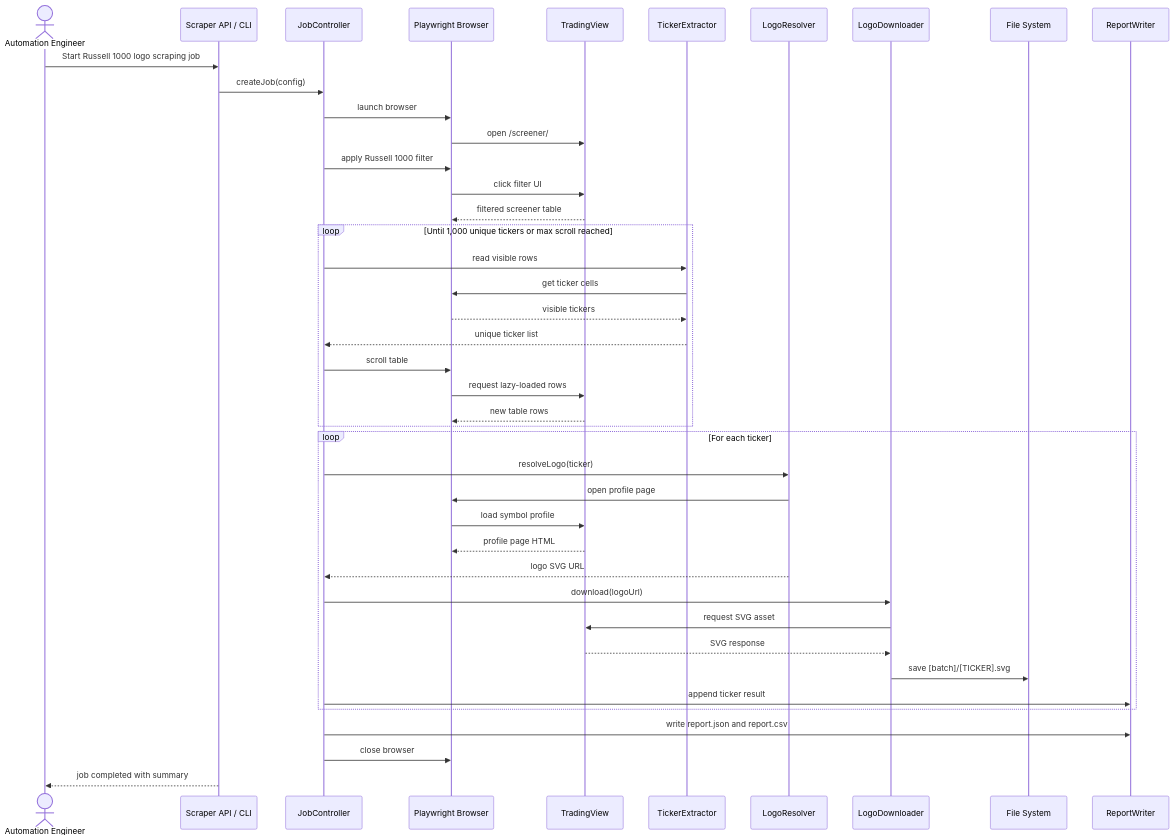
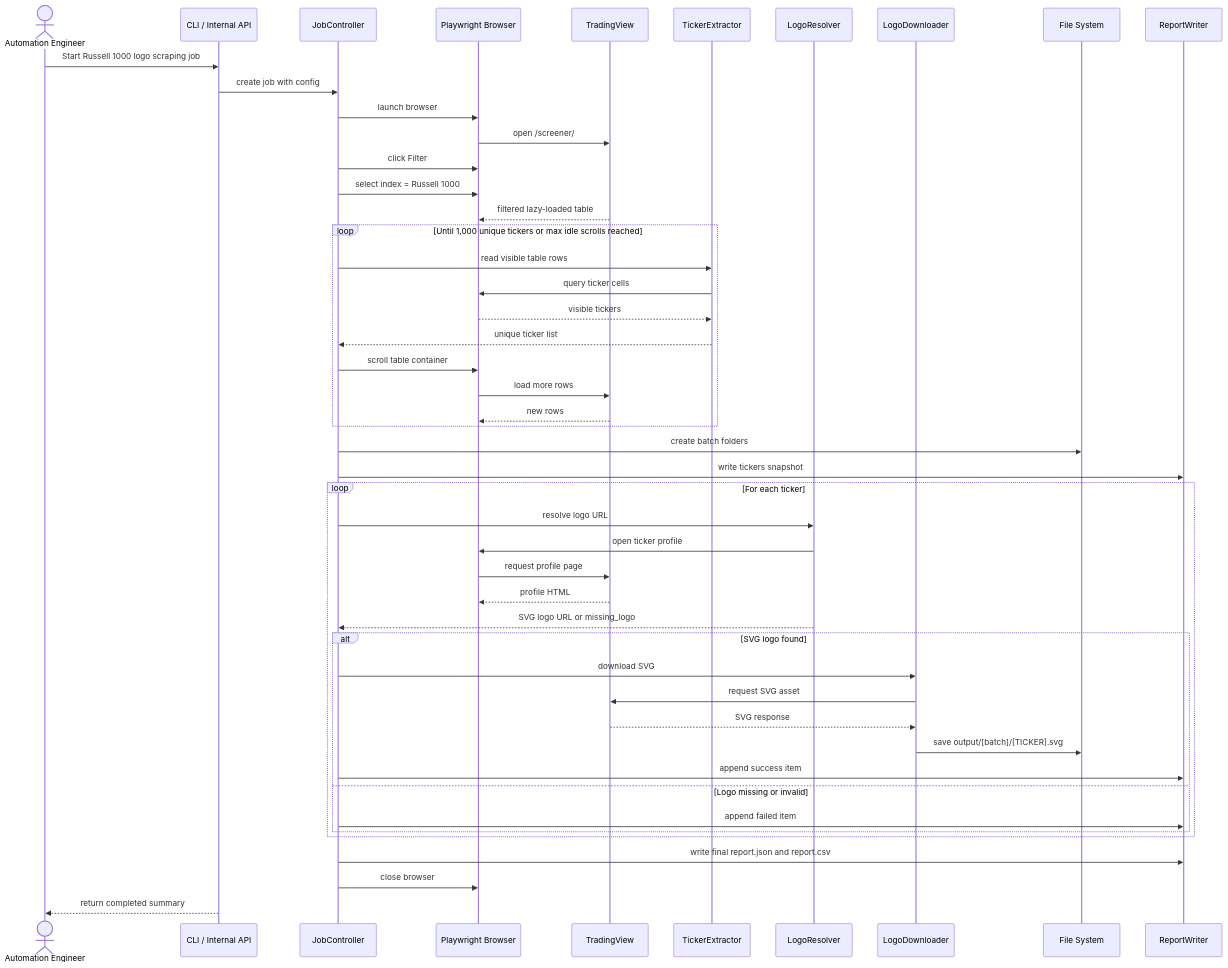
Before and after one commit to giroaon2/specification: the first of 2 diagrams in automated-us-stock-logo-scraper-spec.md, drawn with Mermaid. The commit also changed other lines of this file, not shown here.

````diff
--- a/automated-us-stock-logo-scraper-spec.md
+++ b/automated-us-stock-logo-scraper-spec.md
@@ -184,48 +268,55 @@
 ```mermaid
 sequenceDiagram
     actor Engineer as Automation Engineer
-    participant API as Scraper API / CLI
+    participant CLI as CLI / Internal API
     participant Job as JobController
     participant Browser as Playwright Browser
     participant TV as TradingView
     participant Extractor as TickerExtractor
     participant Resolver as LogoResolver
     participant Downloader as LogoDownloader
     participant FS as File System
     participant Report as ReportWriter
 
-    Engineer->>API: Start Russell 1000 logo scraping job
-    API->>Job: createJob(config)
+    Engineer->>CLI: Start Russell 1000 logo scraping job
+    CLI->>Job: create job with config
     Job->>Browser: launch browser
     Browser->>TV: open /screener/
-    Job->>Browser: apply Russell 1000 filter
-    Browser->>TV: click filter UI
-    TV-->>Browser: filtered screener table
+    Job->>Browser: click Filter
+    Job->>Browser: select index = Russell 1000
+    TV-->>Browser: filtered lazy-loaded table
 
-    loop Until 1,000 unique tickers or max scroll reached
-        Job->>Extractor: read visible rows
-        Extractor->>Browser: get ticker cells
+    loop Until 1,000 unique tickers or max idle scrolls reached
+        Job->>Extractor: read visible table rows
+        Extractor->>Browser: query ticker cells
         Browser-->>Extractor: visible tickers
         Extractor-->>Job: unique ticker list
-        Job->>Browser: scroll table
-        Browser->>TV: request lazy-loaded rows
-        TV-->>Browser: new table rows
+        Job->>Browser: scroll table container
+        Browser->>TV: load more rows
+        TV-->>Browser: new rows
     end
 
+    Job->>FS: create batch folders
+    Job->>Report: write tickers snapshot
+
     loop For each ticker
-        Job->>Resolver: resolveLogo(ticker)
-        Resolver->>Browser: open profile page
-        Browser->>TV: load symbol profile
-        TV-->>Browser: profile page HTML
-        Resolver-->>Job: logo SVG URL
-        Job->>Downloader: download(logoUrl)
-        Downloader->>TV: request SVG asset
-        TV-->>Downloader: SVG response
-        Downloader->>FS: save [batch]/[TICKER].svg
-        Job->>Report: append ticker result
+        Job->>Resolver: resolve logo URL
+        Resolver->>Browser: open ticker profile
+        Browser->>TV: request profile page
+        TV-->>Browser: profile HTML
+        Resolver-->>Job: SVG logo URL or missing_logo
+        alt SVG logo found
+            Job->>Downloader: download SVG
+            Downloader->>TV: request SVG asset
+            TV-->>Downloader: SVG response
+            Downloader->>FS: save output/[batch]/[TICKER].svg
+            Job->>Report: append success item
+        else Logo missing or invalid
+            Job->>Report: append failed item
+        end
     end
 
-    Job->>Report: write report.json and report.csv
+    Job->>Report: write final report.json and report.csv
     Job->>Browser: close browser
-    API-->>Engineer: job completed with summary
+    CLI-->>Engineer: return completed summary
 ```
````
